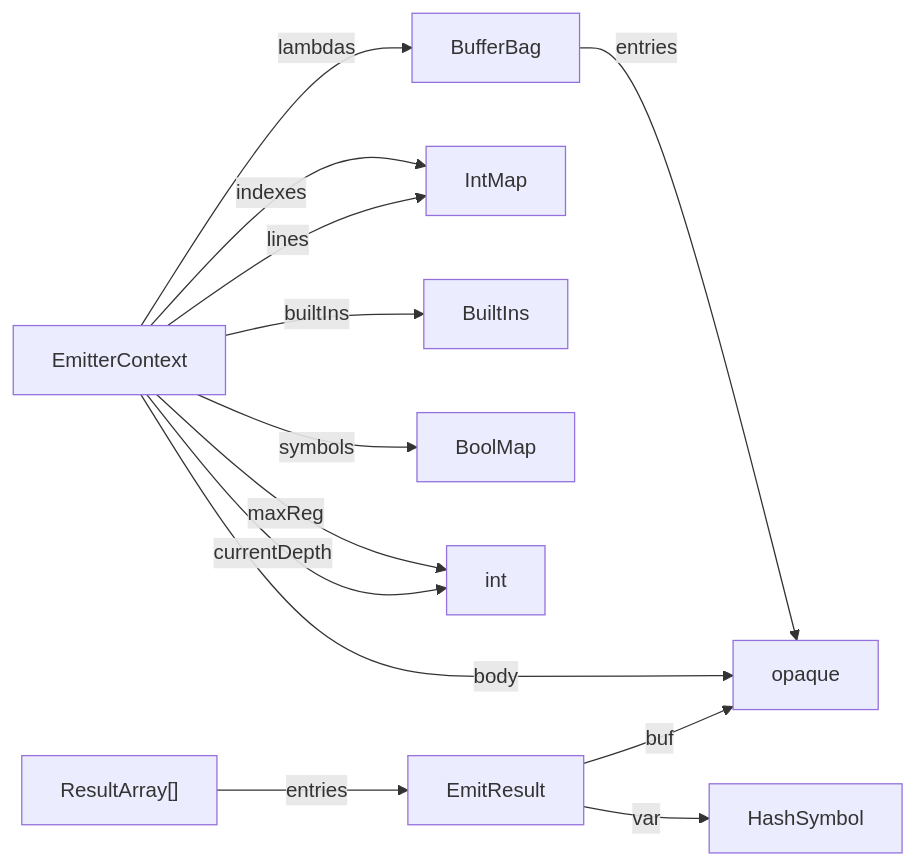
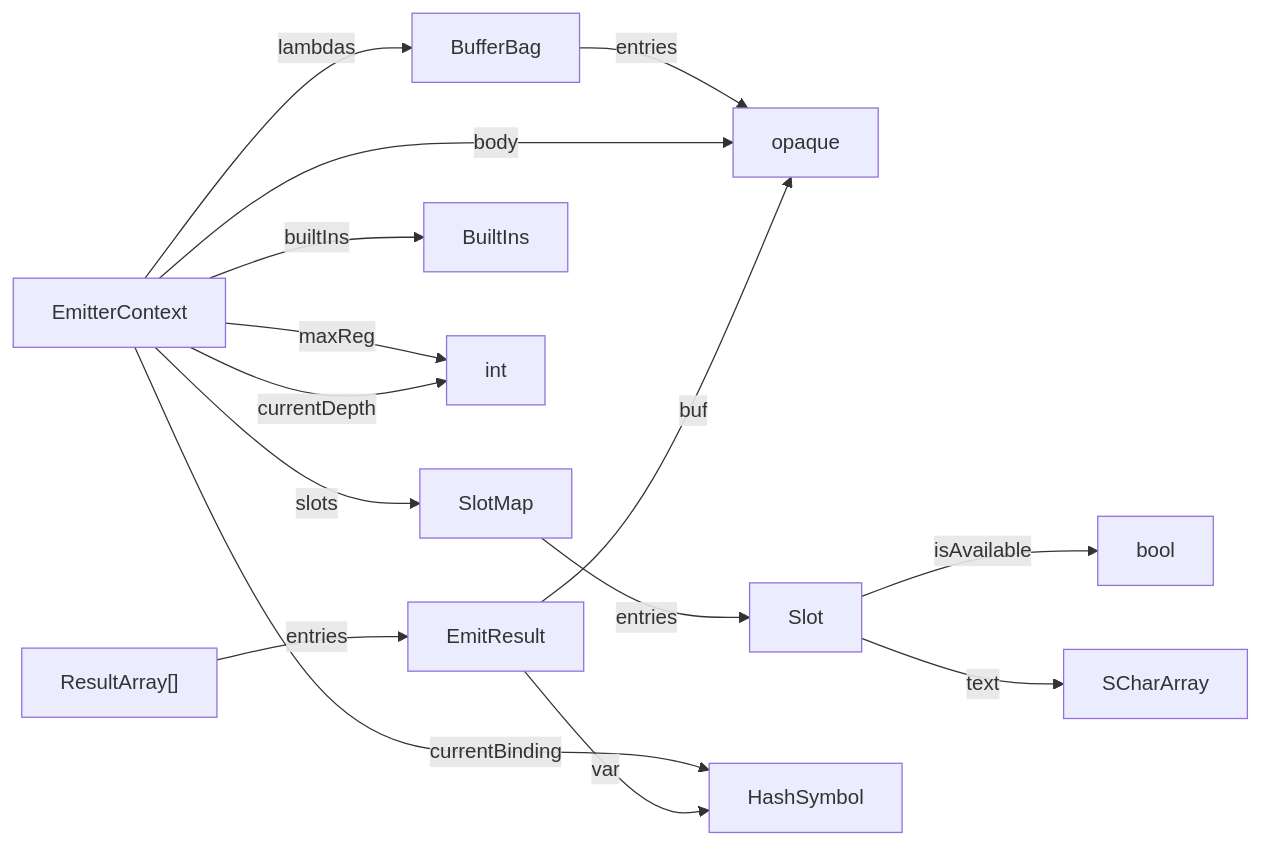
One commit to billhails/CEKF changed the diagram in docs/generated/emit.md. Above: the diagram before and after it, drawn with Mermaid. The commit also changed 4 other files, not shown here.

````diff
--- a/docs/generated/emit.md
+++ b/docs/generated/emit.md
@@ -5,15 +5,17 @@
 ```mermaid
 flowchart LR
 BufferBag --entries--> opaque
+SlotMap --entries--> Slot
+EmitterContext --currentBinding--> HashSymbol
 EmitterContext --lambdas--> BufferBag
-EmitterContext --indexes--> IntMap
 EmitterContext --body--> opaque
 EmitterContext --builtIns--> BuiltIns
-EmitterContext --symbols--> BoolMap
-EmitterContext --lines--> IntMap
+EmitterContext --slots--> SlotMap
 EmitterContext --maxReg--> int
 EmitterContext --currentDepth--> int
+Slot --isAvailable--> bool
+Slot --text--> SCharArray
 EmitResult --var--> HashSymbol
 EmitResult --buf--> opaque
 ResultArray["ResultArray[]"] --entries--> EmitResult
 ```
````
